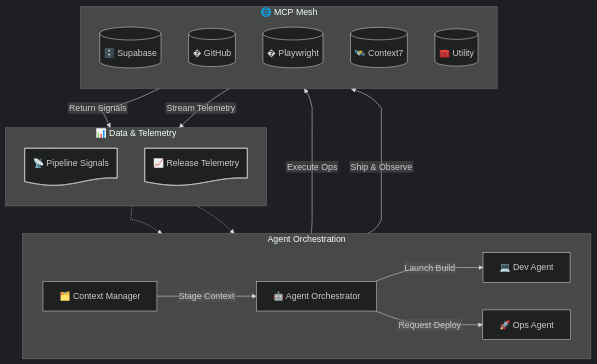
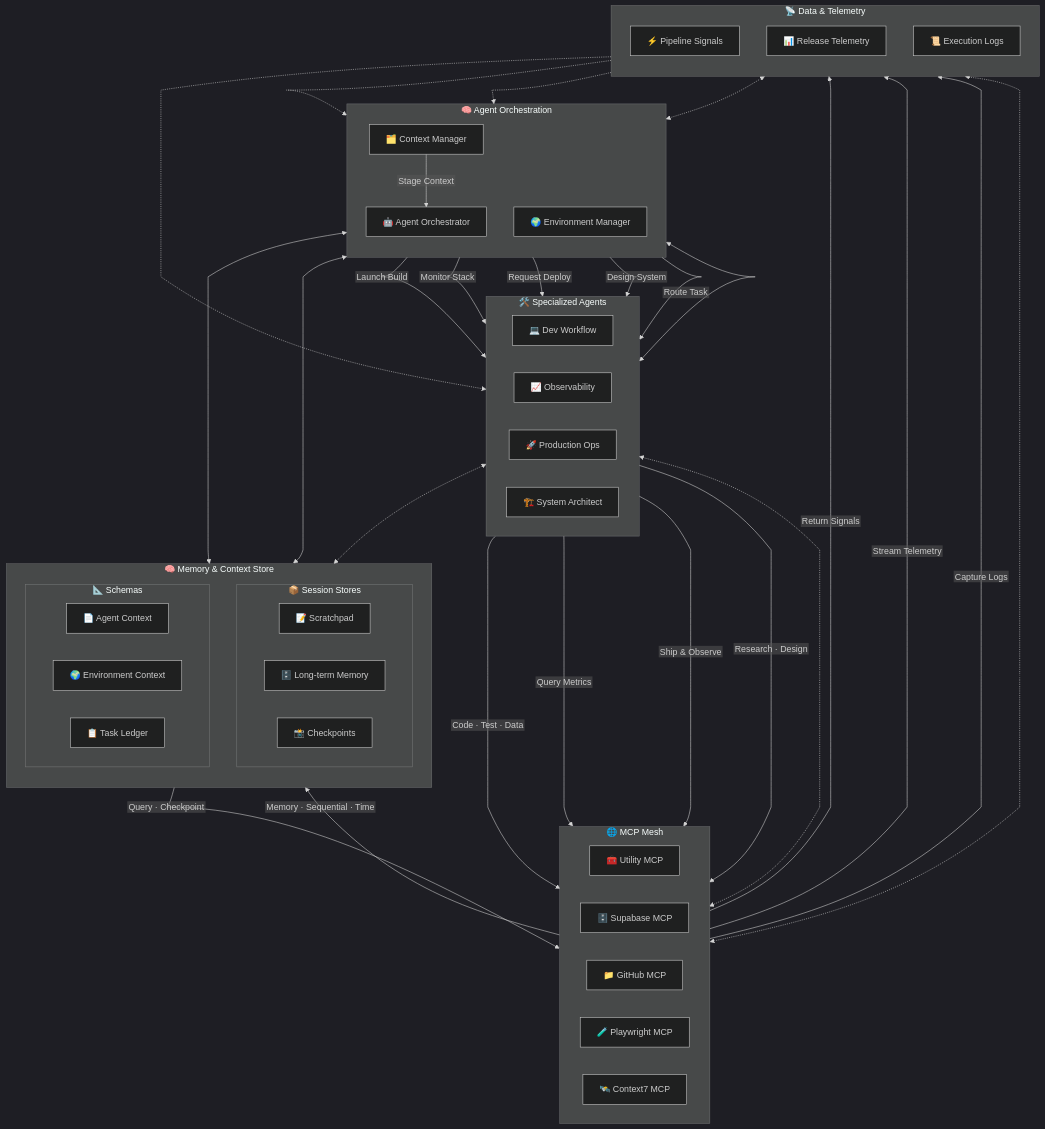
Before and after one commit to Alextorelli/ProspectPro: the diagram in dev-tools/workspace/context/session_store/context-schema.mmd, drawn with Mermaid. The commit also changed 3 other files, not shown here.

Commit message:
feat: enhance context diagrams for agent orchestration with detailed workflows and memory management

```diff
--- a/dev-tools/workspace/context/session_store/context-schema.mmd
+++ b/dev-tools/workspace/context/session_store/context-schema.mmd
@@ -1,37 +1,89 @@
 %%{init: { "theme": "dark", "fontFamily": "Inter", "flowchart": { "htmlLabels": false, "curve": "monotoneX" } }}%%
 flowchart TB
-    subgraph ORCH["Agent Orchestration"]
-        direction LR
+    subgraph ORCH["🧠 Agent Orchestration"]
+        direction TB
         AO["🤖 Agent Orchestrator"]
         CM["🗂️ Context Manager"]
-        DEV["‍💻 Dev Agent"]
-        OPS["🚀 Ops Agent"]
+        EM["🌍 Environment Manager"]
     end
 
-    subgraph DATA["📊 Data & Telemetry"]
+    subgraph AGENTS["🛠️ Specialized Agents"]
+        direction LR
+        DEV["💻 Dev Workflow"]
+        OBS["📈 Observability"]
+        OPS["🚀 Production Ops"]
+        ARCH["🏗️ System Architect"]
+    end
+
+    subgraph MEMORY["🧠 Memory & Context Store"]
         direction TB
-        SIG@{shape: "doc", label: "📡 Pipeline Signals"}
-        TEL@{shape: "doc", label: "📈 Release Telemetry"}
+        subgraph STORES["📦 Session Stores"]
+            direction LR
+            SCRATCH["📝 Scratchpad"]
+            LTM["🗄️ Long-term Memory"]
+            CHKPT["📸 Checkpoints"]
+        end
+        subgraph SCHEMAS["📐 Schemas"]
+            direction LR
+            AGENT_CTX["📄 Agent Context"]
+            ENV_CTX["🌍 Environment Context"]
+            TASK_LED["📋 Task Ledger"]
+        end
     end
 
     subgraph MCP["🌐 MCP Mesh"]
-        direction TB
-        SUP@{shape: "cyl", label: "🗄️ Supabase"}
-        GH@{shape: "cyl", label: "� GitHub"}
-        PW@{shape: "cyl", label: "� Playwright"}
-        C7@{shape: "cyl", label: "🛰️ Context7"}
-        UT@{shape: "cyl", label: "🧰 Utility"}
+        direction LR
+        UT["🧰 Utility MCP"]
+        SUP["🗄️ Supabase MCP"]
+        GH["📁 GitHub MCP"]
+        PW["🧪 Playwright MCP"]
+        C7["🛰️ Context7 MCP"]
     end
 
+    subgraph SIGNALS["📡 Data & Telemetry"]
+        direction TB
+        PIPE["⚡ Pipeline Signals"]
+        TELEM["📊 Release Telemetry"]
+        LOGS["📜 Execution Logs"]
+    end
 
-    %% Core Workflow Cycle
+    %% Orchestration Flow
     CM -- "Stage Context" --> AO
+    AO -- "Route Task" --> AGENTS
+    
+    %% Agent-specific workflows
     AO -- "Launch Build" --> DEV
-    DEV -- "Execute Ops" --> MCP
-    MCP -- "Return Signals" --> SIG
-    SIG -.-> AO
+    AO -- "Monitor Stack" --> OBS
+    AO -- "Request Deploy" --> OPS
+    AO -- "Design System" --> ARCH
 
-    AO -- "Request Deploy" --> OPS
+    %% Agent → MCP interactions
+    DEV -- "Code · Test · Data" --> MCP
+    OBS -- "Query Metrics" --> MCP
     OPS -- "Ship & Observe" --> MCP
-    MCP -- "Stream Telemetry" --> TEL
-    TEL -.-> CM
+    ARCH -- "Research · Design" --> MCP
+
+    %% MCP → Signals feedback
+    MCP -- "Return Signals" --> PIPE
+    MCP -- "Stream Telemetry" --> TELEM
+    MCP -- "Capture Logs" --> LOGS
+
+    %% Signals → Orchestration loop
+    PIPE -.-> AO
+    TELEM -.-> CM
+    LOGS -.-> OBS
+
+    %% Context Management (bidirectional)
+    CM <--> MEMORY
+    AGENTS <.-> MEMORY
+    EM <--> MEMORY
+
+    %% MCP Utility provides memory/sequential/time
+    UT -- "Memory · Sequential · Time" --> MEMORY
+    MEMORY -- "Query · Checkpoint" --> UT
+
+    %% Container-level relationships
+    ORCH <--> AGENTS
+    AGENTS <.-> MCP
+    MCP <.-> SIGNALS
+    SIGNALS <.-> ORCH
```
